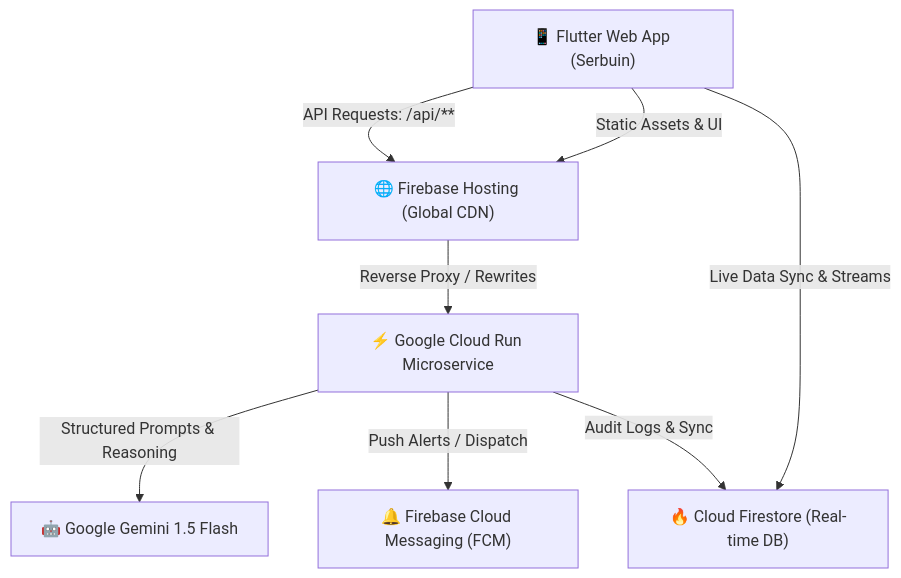
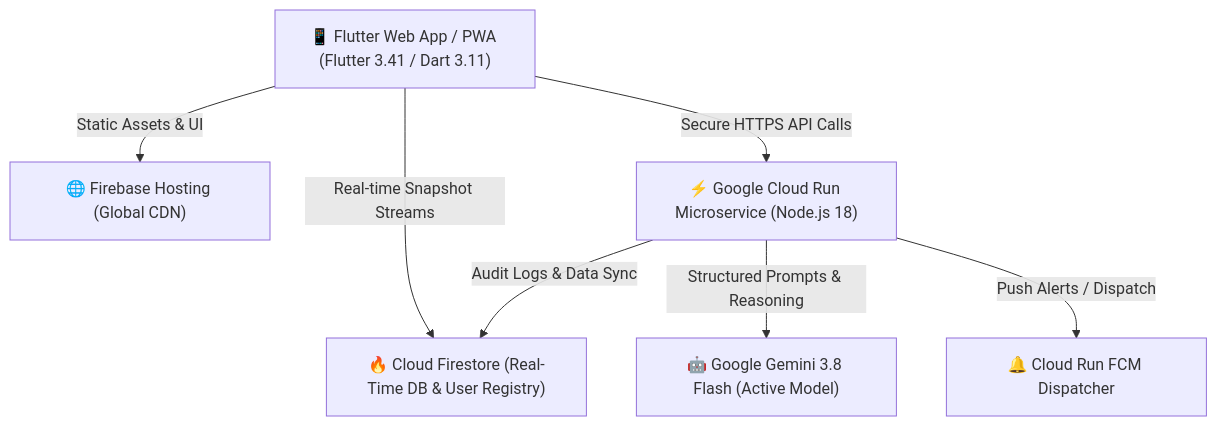
One commit to jonatanprim/serbuin-smart-loyalty-app changed the diagram in README.md. Above: the diagram before and after it, drawn with Mermaid. The commit also changed other lines of this file, not shown here.

Commit message:
docs: update README.md with Flutter 3.41, Dart 3.11, and Gemini 3.8 Flash specifications

````diff
--- a/README.md
+++ b/README.md
@@ -21,17 +30,16 @@
 ```mermaid
 graph TD
-    Client["📱 Flutter Web App (Serbuin)"]
+    Client["📱 Flutter Web App / PWA (Flutter 3.41 / Dart 3.11)"]
     FBHost["🌐 Firebase Hosting (Global CDN)"]
-    CloudRun["⚡ Google Cloud Run Microservice"]
-    Gemini["🤖 Google Gemini 1.5 Flash"]
-    Firestore["🔥 Cloud Firestore (Real-time DB)"]
-    FCM["🔔 Firebase Cloud Messaging (FCM)"]
+    CloudRun["⚡ Google Cloud Run Microservice (Node.js 18)"]
+    Gemini["🤖 Google Gemini 3.8 Flash (Active Model)"]
+    Firestore["🔥 Cloud Firestore (Real-Time DB & User Registry)"]
+    FCM["🔔 Cloud Run FCM Dispatcher"]
 
     Client -->|Static Assets & UI| FBHost
-    Client -->|Live Data Sync & Streams| Firestore
-    Client -->|API Requests: /api/**| FBHost
-    FBHost -->|Reverse Proxy / Rewrites| CloudRun
+    Client -->|Real-time Snapshot Streams| Firestore
+    Client -->|Secure HTTPS API Calls| CloudRun
     CloudRun -->|Structured Prompts & Reasoning| Gemini
     CloudRun -->|Push Alerts / Dispatch| FCM
-    CloudRun -->|Audit Logs & Sync| Firestore
+    CloudRun -->|Audit Logs & Data Sync| Firestore
 ```
````
